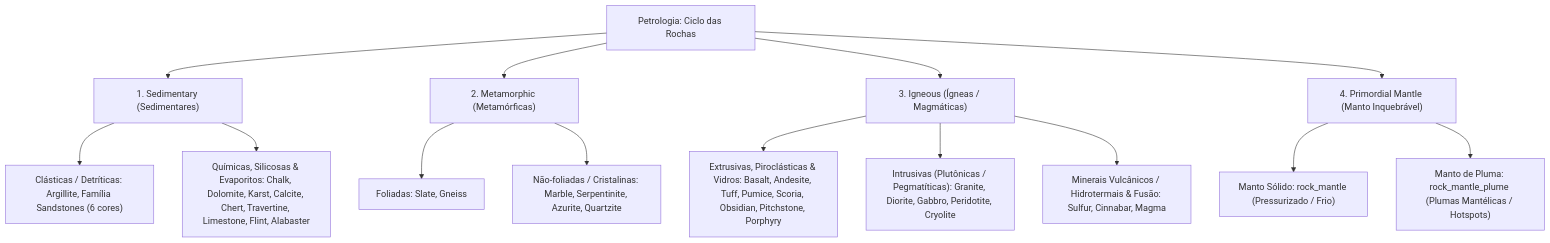
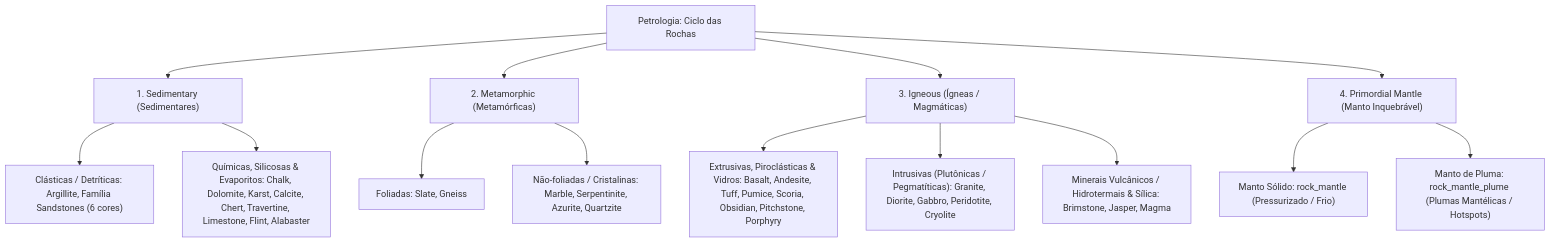
The diagram in docs/worldbuilding/rocks_design.md (gabrtzweb/VoxelGameEngine), drawn with Mermaid before and after one commit. The commit also changed other lines of this file and 98 other files, not shown here.

````diff
--- a/docs/worldbuilding/rocks_design.md
+++ b/docs/worldbuilding/rocks_design.md
@@ -15,20 +15,20 @@
 ```mermaid
 graph TD
     A["Petrologia: Ciclo das Rochas"] --> B["1. Sedimentary (Sedimentares)"]
     A --> C["2. Metamorphic (Metamórficas)"]
     A --> D["3. Igneous (Ígneas / Magmáticas)"]
     A --> E["4. Primordial Mantle (Manto Inquebrável)"]
     
     B --> B1["Clásticas / Detríticas: Argillite, Família Sandstones (6 cores)"]
     B --> B2["Químicas, Silicosas & Evaporitos: Chalk, Dolomite, Karst, Calcite, Chert, Travertine, Limestone, Flint, Alabaster"]
     
     C --> C1["Foliadas: Slate, Gneiss"]
     C --> C2["Não-foliadas / Cristalinas: Marble, Serpentinite, Azurite, Quartzite"]
     
     D --> D1["Extrusivas, Piroclásticas & Vidros: Basalt, Andesite, Tuff, Pumice, Scoria, Obsidian, Pitchstone, Porphyry"]
     D --> D2["Intrusivas (Plutônicas / Pegmatíticas): Granite, Diorite, Gabbro, Peridotite, Cryolite"]
-    D --> D3["Minerais Vulcânicos / Hidrotermais & Fusão: Sulfur, Cinnabar, Magma"]
+    D --> D3["Minerais Vulcânicos / Hidrotermais & Sílica: Brimstone, Jasper, Magma"]
     
     E --> E1["Manto Sólido: rock_mantle (Pressurizado / Frio)"]
     E --> E2["Manto de Pluma: rock_mantle_plume (Plumas Mantélicas / Hotspots)"]
 ```
````
